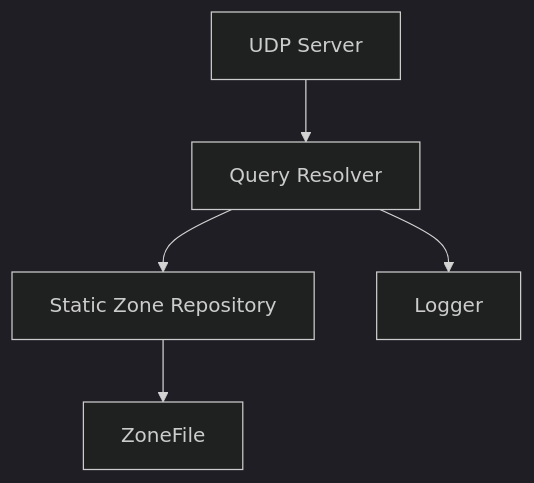
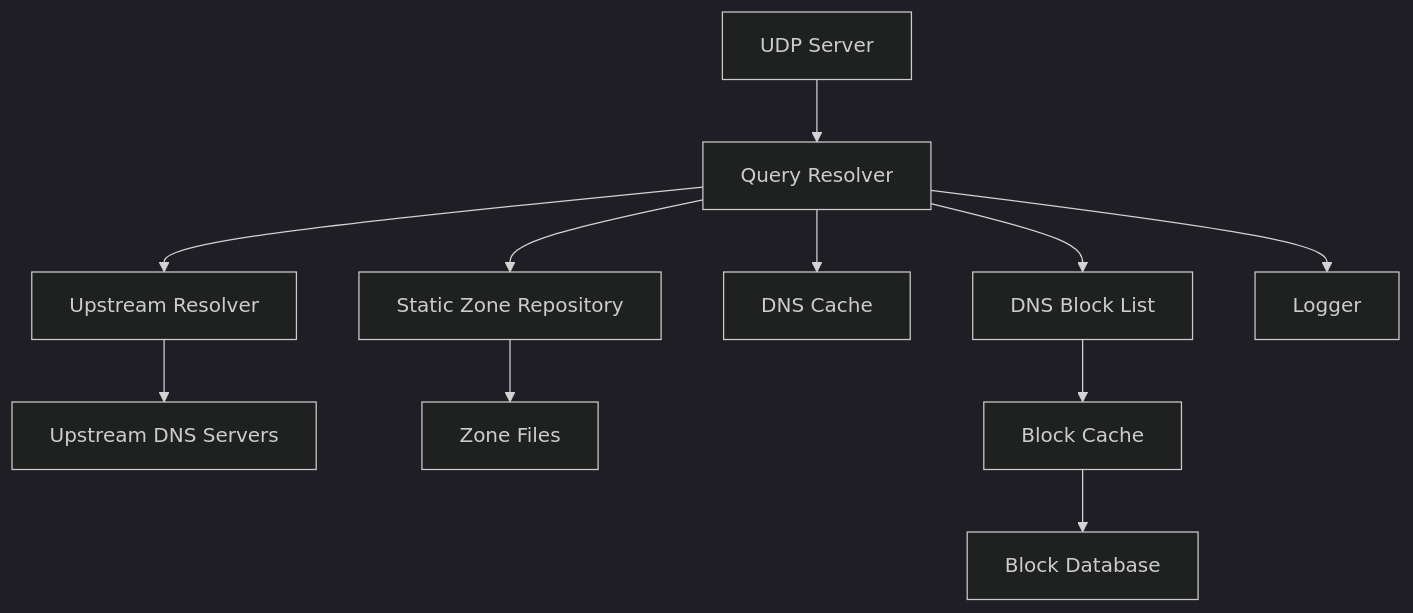
Before and after one commit to haukened/rr-dns: the second of 9 diagrams in docs/arc42.md, drawn with Mermaid (dark theme). The commit also changed other lines of this file, not shown here.

Commit message:
enhance documentation: update arc42.md to include DNS block list and upstream resolver details

````diff
--- a/docs/arc42.md
+++ b/docs/arc42.md
@@ -58,7 +58,13 @@
 ```mermaid
 graph TD
   Subsystem1[UDP Server] --> Resolver[Query Resolver]
   Resolver --> ZoneRepo[Static Zone Repository]
+  Resolver --> BlockList[DNS Block List]
+  Resolver --> dnscache[DNS Cache]
+  Resolver --> UpstreamResolver[Upstream Resolver]
   Resolver --> Logger
-  ZoneRepo --> ZoneFile
+  UpstreamResolver --> Internet[Upstream DNS Servers]
+  ZoneRepo --> ZoneFile[Zone Files]
+  BlockList --> BlockCache[Block Cache]
+  BlockCache --> BlockDB[Block Database]
 ```
````
